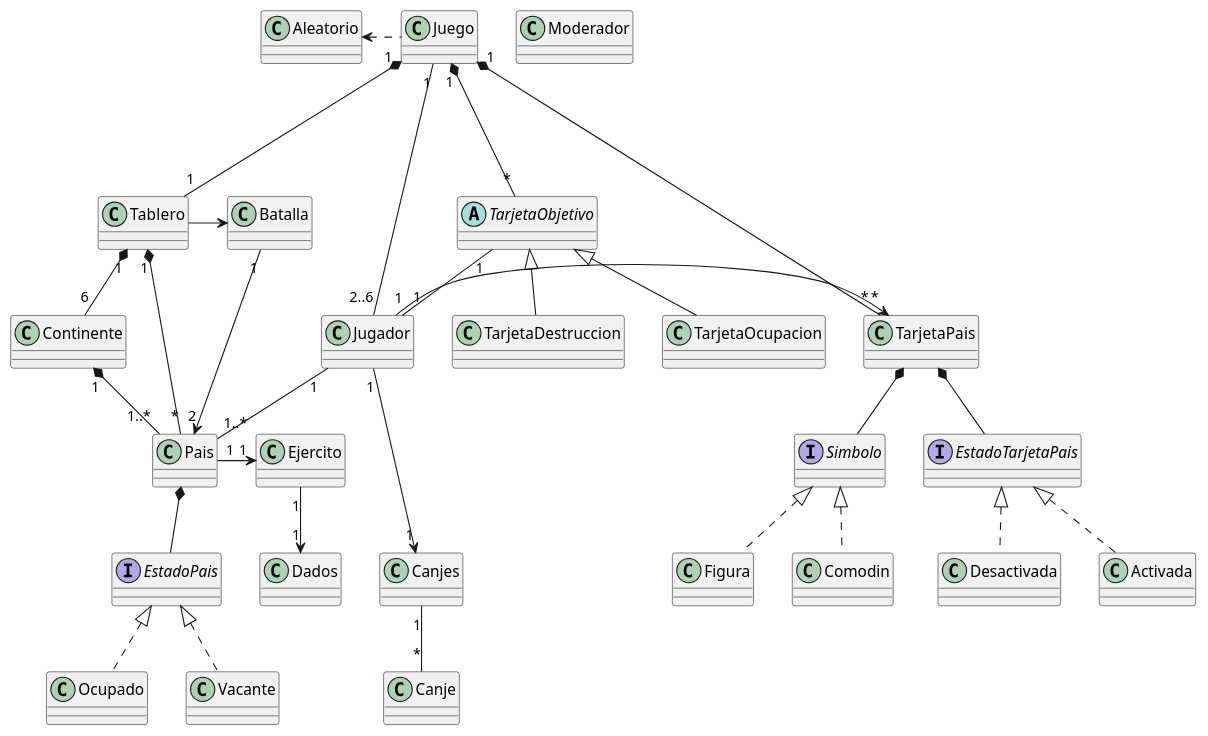
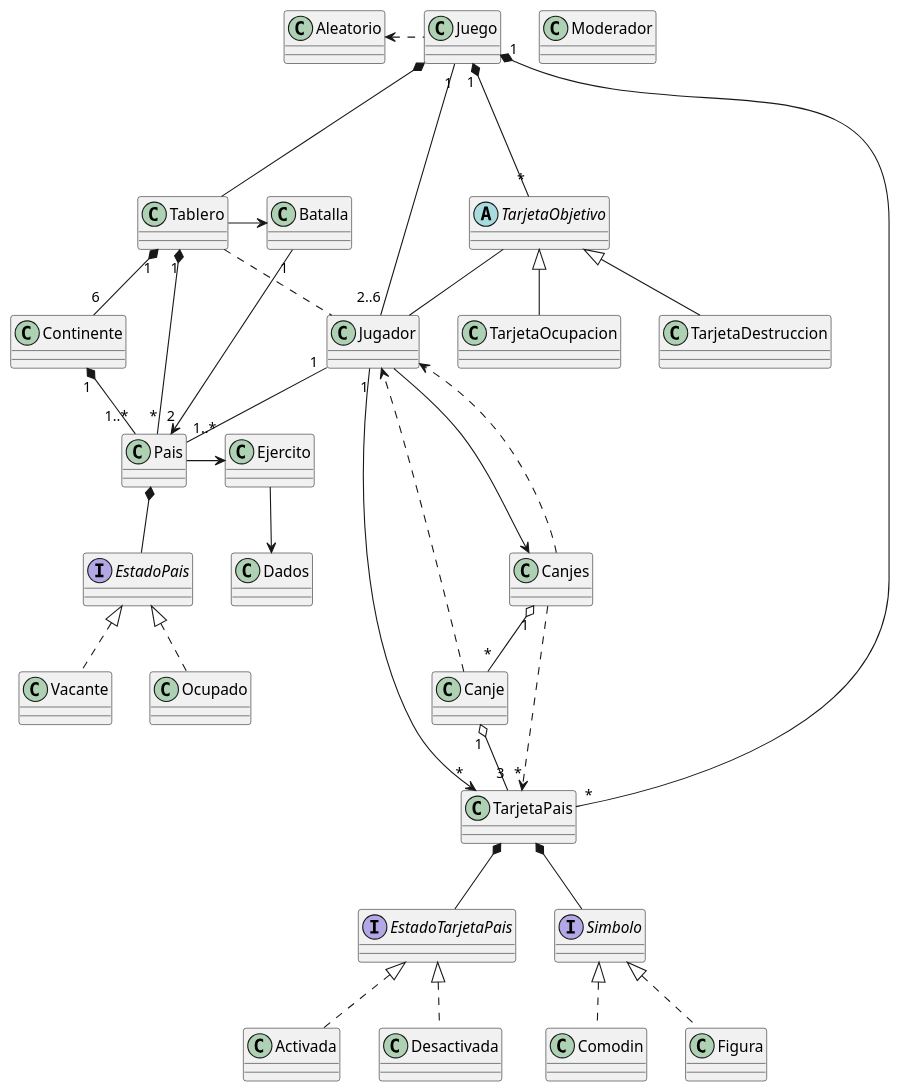
The diagram in diagramas/dClase_6.wsd (daniela41149/algo3_tp2), drawn with PlantUML before and after one commit. The commit also changed 28 other files, not shown here.

Commit message:
diagramas

```diff
--- a/diagramas/dClase_6.wsd
+++ b/diagramas/dClase_6.wsd
@@ -1,139 +1,150 @@
 @startuml
-
-Juego "1" *-- "1" Tablero
+Juego  *- Tablero
 Juego "1" -- "2..6" Jugador
 Juego "1" *-- "*" TarjetaPais
 Juego "1" *--- "*" TarjetaObjetivo
 Aleatorio <. Juego
+Tablero . Jugador
+
+
+Canjes "1" o-- "*" Canje
+Canjes ..> "*" TarjetaPais
+Canjes ..> Jugador
+Canje "1" o-- "3" TarjetaPais
+Canje ..> Jugador
+
+Pais ->  Ejercito
+
+Interface EstadoTarjetaPais
+Interface Simbolo
+
 
 Tablero "1" *-- "6" Continente
 Tablero "1" *-- "*" Pais
 Continente "1" *-- "1..*" Pais
 
 Jugador "1" -- "1..*" Pais
-Jugador "1" -> "*" TarjetaPais
 
 Interface EstadoTarjetaPais
 Interface Simbolo
 
 TarjetaPais *-- EstadoTarjetaPais
 EstadoTarjetaPais <|.. Activada
 EstadoTarjetaPais <|.. Desactivada
 
 TarjetaPais *-- Simbolo
 Simbolo <|.. Comodin
 Simbolo <|.. Figura
 
 TarjetaObjetivo <|-- TarjetaDestruccion
 TarjetaObjetivo <|-- TarjetaOcupacion
-TarjetaObjetivo "1" -- "1" Jugador
+TarjetaObjetivo  --  Jugador
 
-Ejercito "1" --> "1" "Dados"
-Jugador "1" ---> "1" Canjes
-Canjes "1" -- "*" Canje
+Ejercito  -->  "Dados"
+Jugador  --->  Canjes
 
-Pais "1" -> "1" Ejercito
+
 Tablero -> Batalla
+Jugador "1" -> "*" TarjetaPais
 Batalla "1" --> "2" Pais
 
 Pais *-- EstadoPais
 EstadoPais <|.. Vacante
 EstadoPais <|.. Ocupado
 
 
 class Aleatorio {
 
 }
 
 class Batalla {
 
 }
 
 class Continente {
 
 }
 
 class Dados {
 
 }
 
 class Ejercito {
 
 }
 
 class Juego {
 
 }
 
 class Jugador {
 
 }
 
 class Moderador {
 
 }
 
 class Tablero {
 }
 
 class Activada {
 
 }
 
 class Comodin {
 }
 
 class Desactivada {
 }
 
 interface EstadoTarjetaPais {
 }
 
 class Figura {
 
 }
 
 interface Simbolo {
 
 }
 
 class TarjetaPais {
 
 }
 
 class TarjetaDestruccion {
 
 }
 
 abstract class TarjetaObjetivo {
 
 }
 
 class TarjetaOcupacion {
 
 }
 
 interface EstadoPais {
 }
 
 class Ocupado {
 
 }
 
 class Pais {
 
 }
 
 class Vacante {
 
 }
 
 class Canje {
 
 }
 
 class Canjes {
 
 }
-
 @enduml
```
